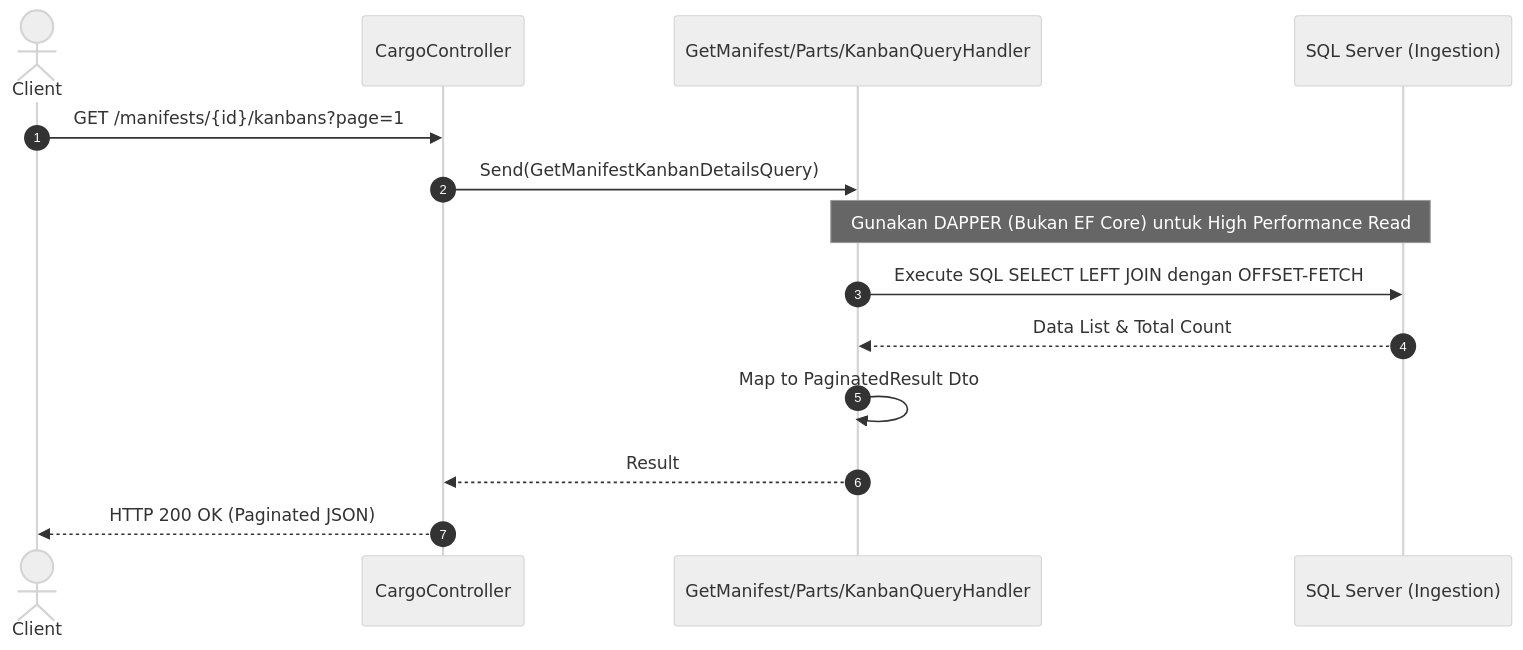
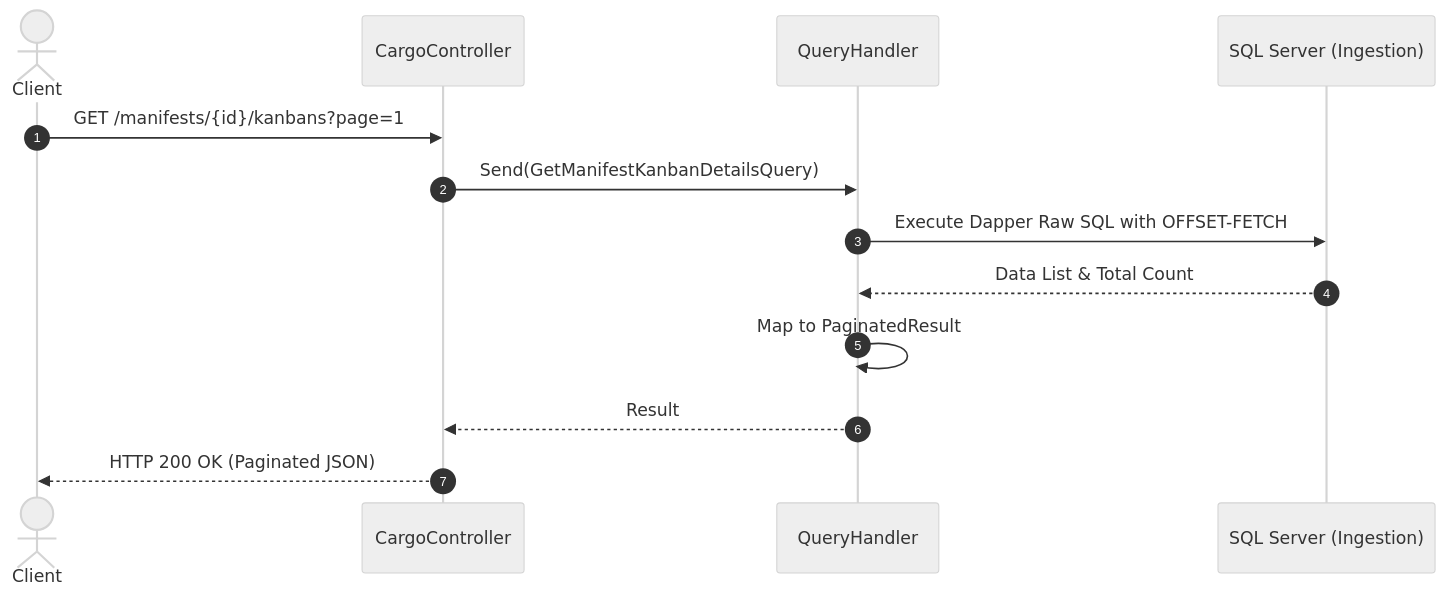
One commit to odealidj/minione-edcl-net changed the seventh of 8 diagrams in docs/architecture/api-sequence-diagrams.md. Above: the diagram before and after it, drawn with Mermaid (neutral theme). The commit also changed other lines of this file and 21 other files, not shown here.

````diff
--- a/docs/architecture/api-sequence-diagrams.md
+++ b/docs/architecture/api-sequence-diagrams.md
@@ -281,19 +245,16 @@
 ```mermaid
 sequenceDiagram
     autonumber
     actor Client
     participant Ctrl as CargoController
-    participant Hndl as GetManifest/Parts/KanbanQueryHandler
+    participant Hndl as QueryHandler
     participant DB as SQL Server (Ingestion)
 
     Client->>Ctrl: GET /manifests/{id}/kanbans?page=1
     Ctrl->>Hndl: Send(GetManifestKanbanDetailsQuery)
-    
-    Note over Hndl,DB: Gunakan DAPPER (Bukan EF Core) untuk High Performance Read
-    Hndl->>DB: Execute SQL SELECT LEFT JOIN dengan OFFSET-FETCH
+    Hndl->>DB: Execute Dapper Raw SQL with OFFSET-FETCH
     DB-->>Hndl: Data List & Total Count
-    
-    Hndl->>Hndl: Map to PaginatedResult Dto
+    Hndl->>Hndl: Map to PaginatedResult
     Hndl-->>Ctrl: Result
     Ctrl-->>Client: HTTP 200 OK (Paginated JSON)
 ```
````
